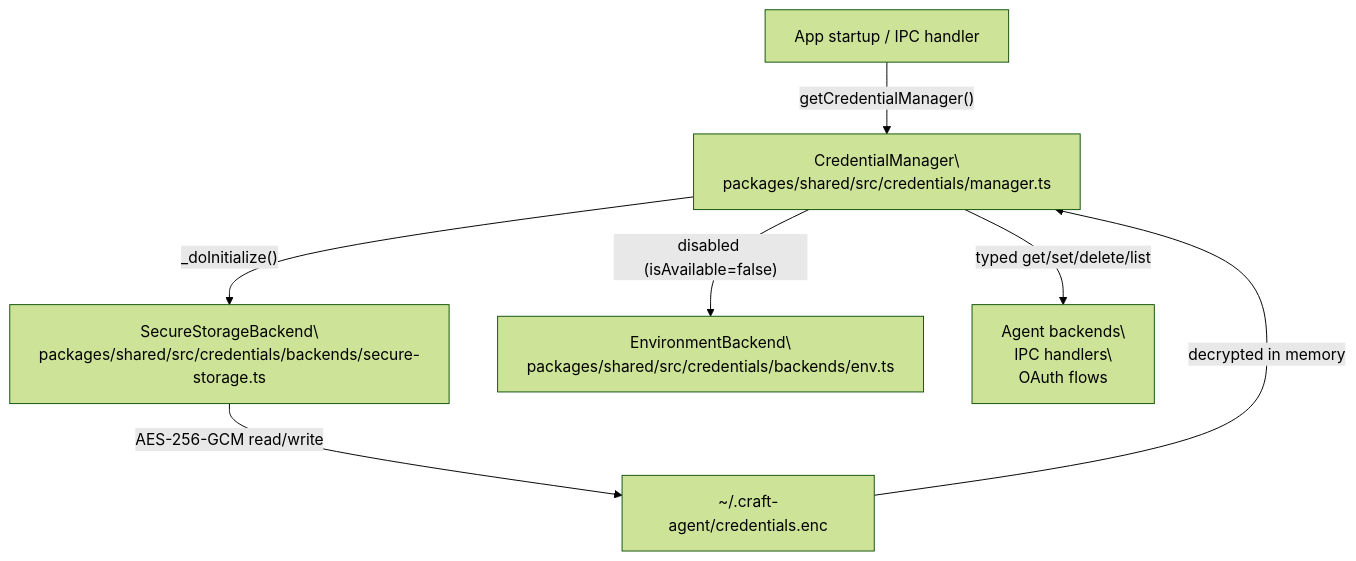
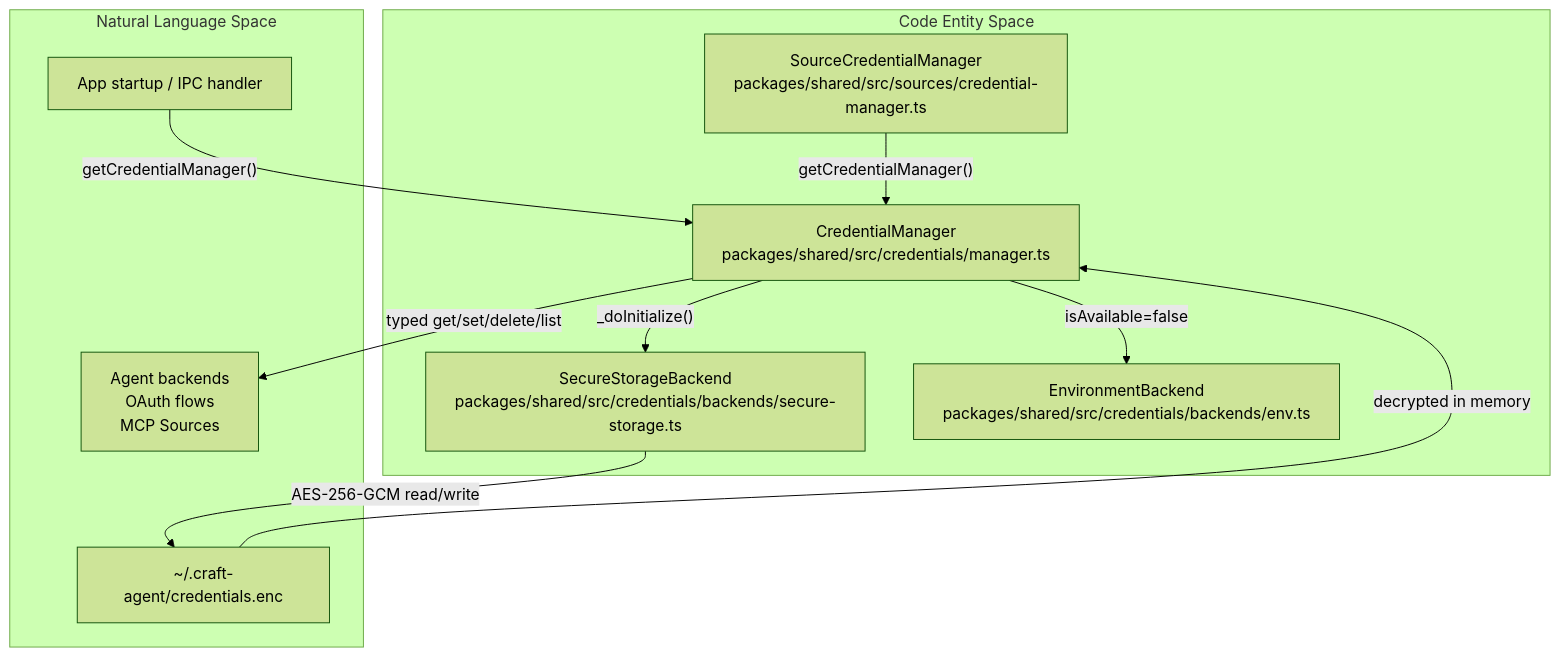
Before and after one commit to blackcater/zentree: the first of 3 diagrams in docs/lukilabs_craft-agents-oss/security/credential-storage-and-encryption.md, drawn with Mermaid (forest theme). The commit also changed other lines of this file and 232 other files, not shown here.

````diff
--- a/docs/lukilabs_craft-agents-oss/security/credential-storage-and-encryption.md
+++ b/docs/lukilabs_craft-agents-oss/security/credential-storage-and-encryption.md
@@ -40,14 +44,23 @@
 ```mermaid
 graph TD
-    A["App startup / IPC handler"] -->|"getCredentialManager()"| CM["CredentialManager\
-packages/shared/src/credentials/manager.ts"]
-    CM -->|"_doInitialize()"| SSB["SecureStorageBackend\
-packages/shared/src/credentials/backends/secure-storage.ts"]
-    CM -->|"disabled (isAvailable=false)"| EVB["EnvironmentBackend\
-packages/shared/src/credentials/backends/env.ts"]
-    SSB -->|"AES-256-GCM read/write"| ENC["~/.craft-agent/credentials.enc"]
+    subgraph "Code Entity Space"
+        CM["CredentialManager<br/>packages/shared/src/credentials/manager.ts"]
+        SCM["SourceCredentialManager<br/>packages/shared/src/sources/credential-manager.ts"]
+        SSB["SecureStorageBackend<br/>packages/shared/src/credentials/backends/secure-storage.ts"]
+        EVB["EnvironmentBackend<br/>packages/shared/src/credentials/backends/env.ts"]
+    end
+
+    subgraph "Natural Language Space"
+        UI["App startup / IPC handler"]
+        ENC["~/.craft-agent/credentials.enc"]
+        CALLERS["Agent backends<br/>OAuth flows<br/>MCP Sources"]
+    end
+
+    UI -->|"getCredentialManager()"| CM
+    SCM -->|"getCredentialManager()"| CM
+    CM -->|"_doInitialize()"| SSB
+    CM -->|"isAvailable=false"| EVB
+    SSB -->|"AES-256-GCM read/write"| ENC
     ENC -->|"decrypted in memory"| CM
-    CM -->|"typed get/set/delete/list"| CALLERS["Agent backends\
-IPC handlers\
-OAuth flows"]
+    CM -->|"typed get/set/delete/list"| CALLERS
 ```
````
